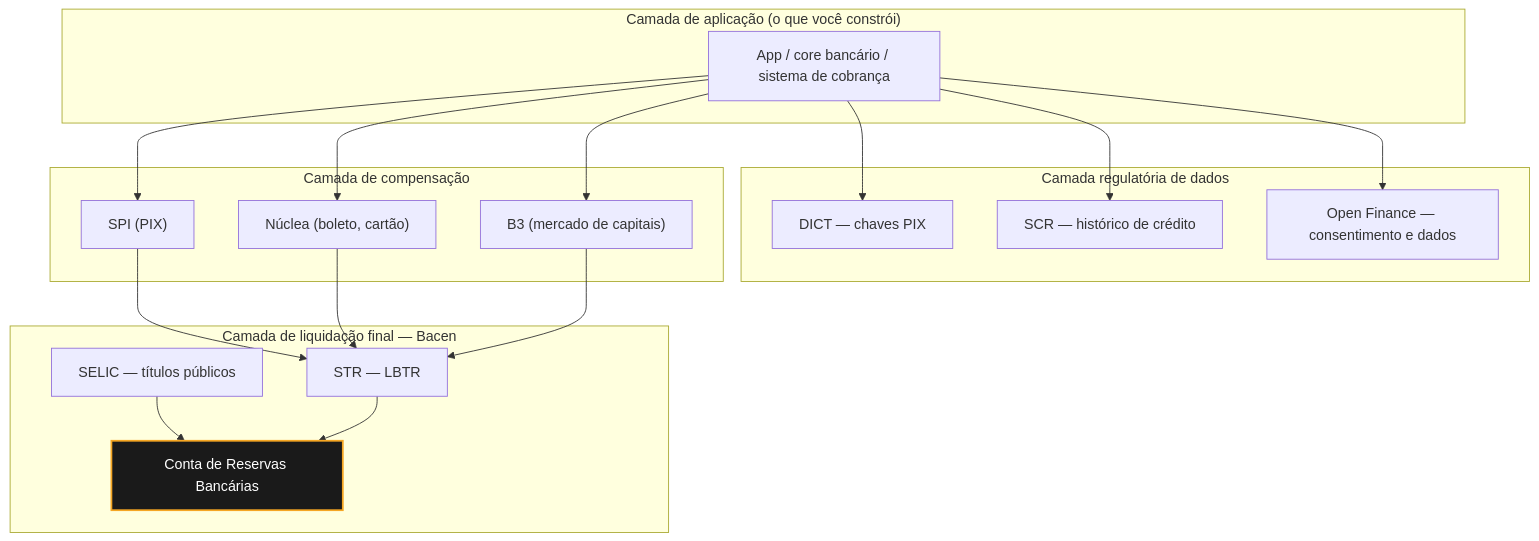
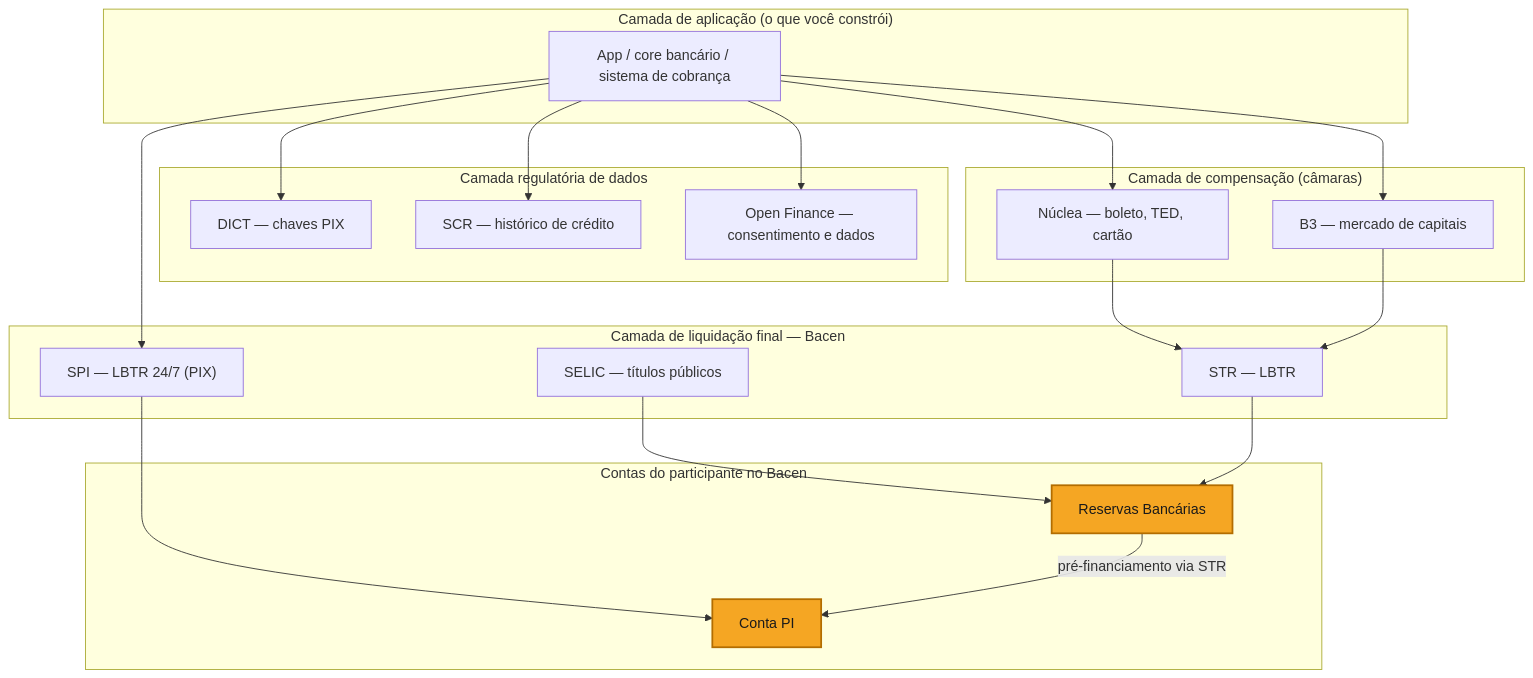
One commit to danielbfr3/sobre_aws changed diagram 23 of 23 in apostila-sistema-financeiro-brasileiro-dev.md. Above: the diagram before and after it, drawn with Mermaid. The commit also changed other lines of this file, not shown here.

````diff
--- a/apostila-sistema-financeiro-brasileiro-dev.md
+++ b/apostila-sistema-financeiro-brasileiro-dev.md
@@ -2302,39 +3179,46 @@
 ```mermaid
 graph TB
+    classDef destaque fill:#f5a623,stroke:#b36d00,color:#1a1a1a,stroke-width:2px
+
     subgraph L1["Camada de aplicação (o que você constrói)"]
         APP["App / core bancário / sistema de cobrança"]
     end
 
     subgraph L2["Camada regulatória de dados"]
         DICT2["DICT — chaves PIX"]
         SCR2["SCR — histórico de crédito"]
         OF["Open Finance — consentimento e dados"]
     end
 
-    subgraph L3["Camada de compensação"]
-        SPI2["SPI (PIX)"]
-        NUCLEA2["Núclea (boleto, cartão)"]
-        B32["B3 (mercado de capitais)"]
+    subgraph L3["Camada de compensação (câmaras)"]
+        NUCLEA2["Núclea — boleto, TED, cartão"]
+        B32["B3 — mercado de capitais"]
     end
 
     subgraph L4["Camada de liquidação final — Bacen"]
         STR2["STR — LBTR"]
+        SPI2["SPI — LBTR 24/7 (PIX)"]
         SELIC2["SELIC — títulos públicos"]
-        RESERVA["Conta de Reservas Bancárias"]
+    end
+
+    subgraph L5["Contas do participante no Bacen"]
+        RESERVA["Reservas Bancárias"]
+        CONTAPI2["Conta PI"]
     end
 
     APP --> DICT2
     APP --> SCR2
     APP --> OF
     APP --> SPI2
     APP --> NUCLEA2
     APP --> B32
 
-    SPI2 --> STR2
     NUCLEA2 --> STR2
     B32 --> STR2
     SELIC2 --> RESERVA
     STR2 --> RESERVA
+    SPI2 --> CONTAPI2
+    RESERVA -->|"pré-financiamento via STR"| CONTAPI2
 
-    style RESERVA fill:#1a1a1a,color:#fff,stroke:#f5a623,stroke-width:2px
+    class RESERVA,CONTAPI2 destaque
 ```
````
